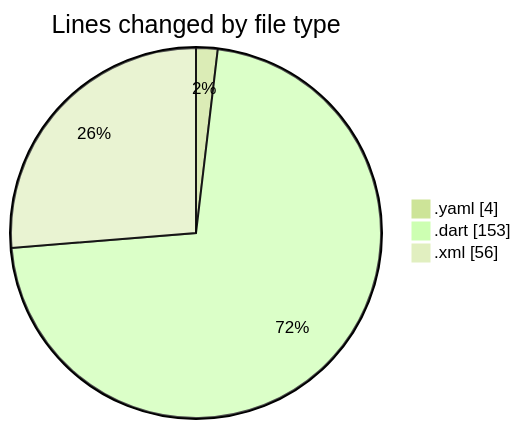
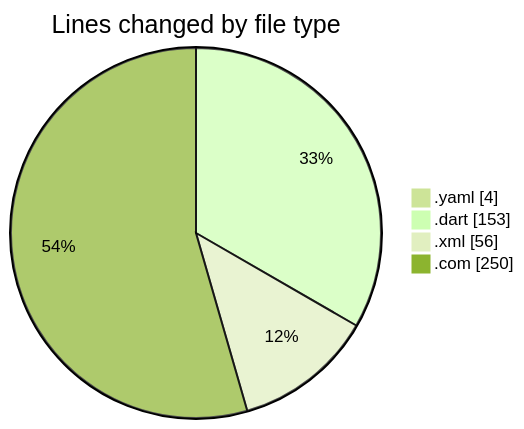
Before and after one commit to donsfak/code-tracking: the first of 2 diagrams in 2025-02-27/drivers_app/README.md, drawn with Mermaid (forest theme). The commit also changed other lines of this file and 1 other file, not shown here.

````diff
--- a/2025-02-27/drivers_app/README.md
+++ b/2025-02-27/drivers_app/README.md
@@ -23,7 +24,8 @@
 ```mermaid
 pie showData
 title Lines changed by file type
 ".yaml" : 4
 ".dart" : 153
 ".xml" : 56
+".com" : 250
 ```
````
